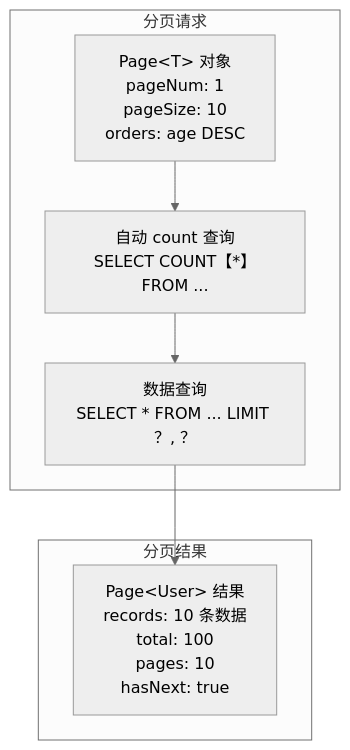
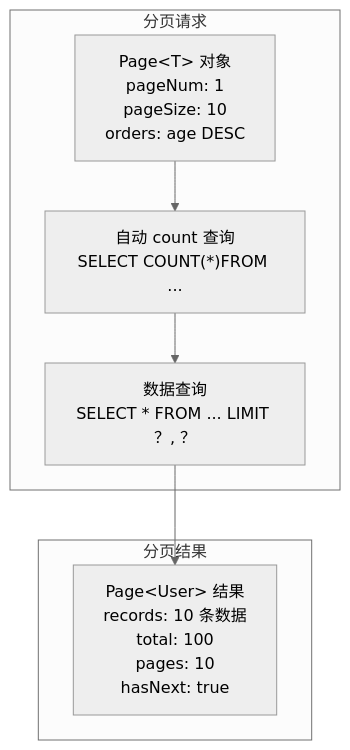
Diagram 11 of 28 in src/content/philes/volume-1/Java-Backend/MyBatis-Plus深度解析.md (AH23333/Blog), drawn with Mermaid (neutral theme) before and after one commit. The commit also changed other lines of this file and 17 other files, not shown here.

Commit message:
修复所有已知bug（mermaid渲染、表格识别），添加错误总结经验，暂时保留测试文件，准备考虑优化性能与重构

````diff
--- a/src/content/philes/volume-1/Java-Backend/MyBatis-Plus深度解析.md
+++ b/src/content/philes/volume-1/Java-Backend/MyBatis-Plus深度解析.md
@@ -547,16 +547,16 @@
 ```mermaid
 graph TB
     subgraph 分页请求
         PAGE["Page&lt;T&gt; 对象<br/>pageNum: 1<br/>pageSize: 10<br/>orders: age DESC"]
-        COUNT["自动 count 查询<br/>SELECT COUNT【*】FROM ..."]
+        COUNT["自动 count 查询<br/>SELECT COUNT(*)FROM ..."]
         DATA["数据查询<br/>SELECT * FROM ... LIMIT ？, ？"]
     end
 
     subgraph 分页结果
         RESULT["Page&lt;User&gt; 结果<br/>records: 10 条数据<br/>total: 100<br/>pages: 10<br/>hasNext: true"]
     end
 
     PAGE --> COUNT
     COUNT --> DATA
     DATA --> RESULT
 ```
````
